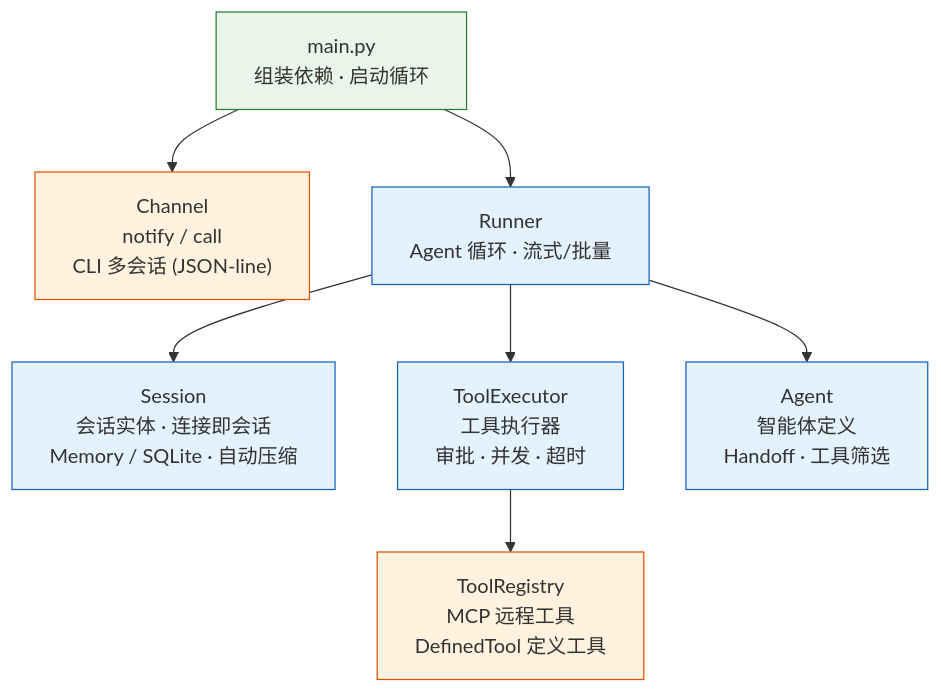
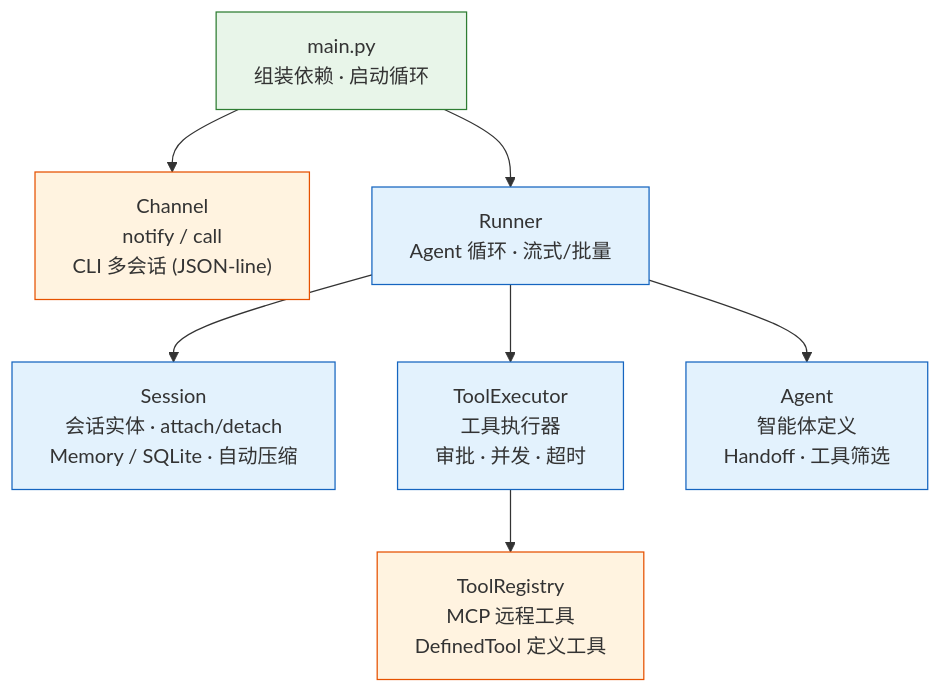
Before and after one commit to yishenzhu/walle: the first of 2 diagrams in README.md, drawn with Mermaid. The commit also changed other lines of this file and 2 other files, not shown here.

First line of the commit message:
docs: 修正会话生命周期表述（连接即会话 → attach/detach）

````diff
--- a/README.md
+++ b/README.md
@@ -30,24 +30,24 @@
 ```mermaid
 flowchart TD
     Main["main.py<br/>组装依赖 · 启动循环"]
     Channel["Channel<br/>notify / call<br/>CLI 多会话 (JSON-line)"]
     Runner["Runner<br/>Agent 循环 · 流式/批量"]
-    Session["Session<br/>会话实体 · 连接即会话<br/>Memory / SQLite · 自动压缩"]
+    Session["Session<br/>会话实体 · attach/detach<br/>Memory / SQLite · 自动压缩"]
     Exec["ToolExecutor<br/>工具执行器<br/>审批 · 并发 · 超时"]
     AgentNode["Agent<br/>智能体定义<br/>Handoff · 工具筛选"]
     Reg["ToolRegistry<br/>MCP 远程工具<br/>DefinedTool 定义工具"]
 
     Main --> Channel
     Main --> Runner
     Runner --> Session
     Runner --> Exec
     Runner --> AgentNode
     Exec --> Reg
 
     classDef entry fill:#e8f5e9,stroke:#2e7d32
     classDef core fill:#e3f2fd,stroke:#1565c0
     classDef tool fill:#fff3e0,stroke:#e65100
     class Main entry
     class Runner,Session,Exec,AgentNode core
     class Channel,Reg tool
 ```
````
